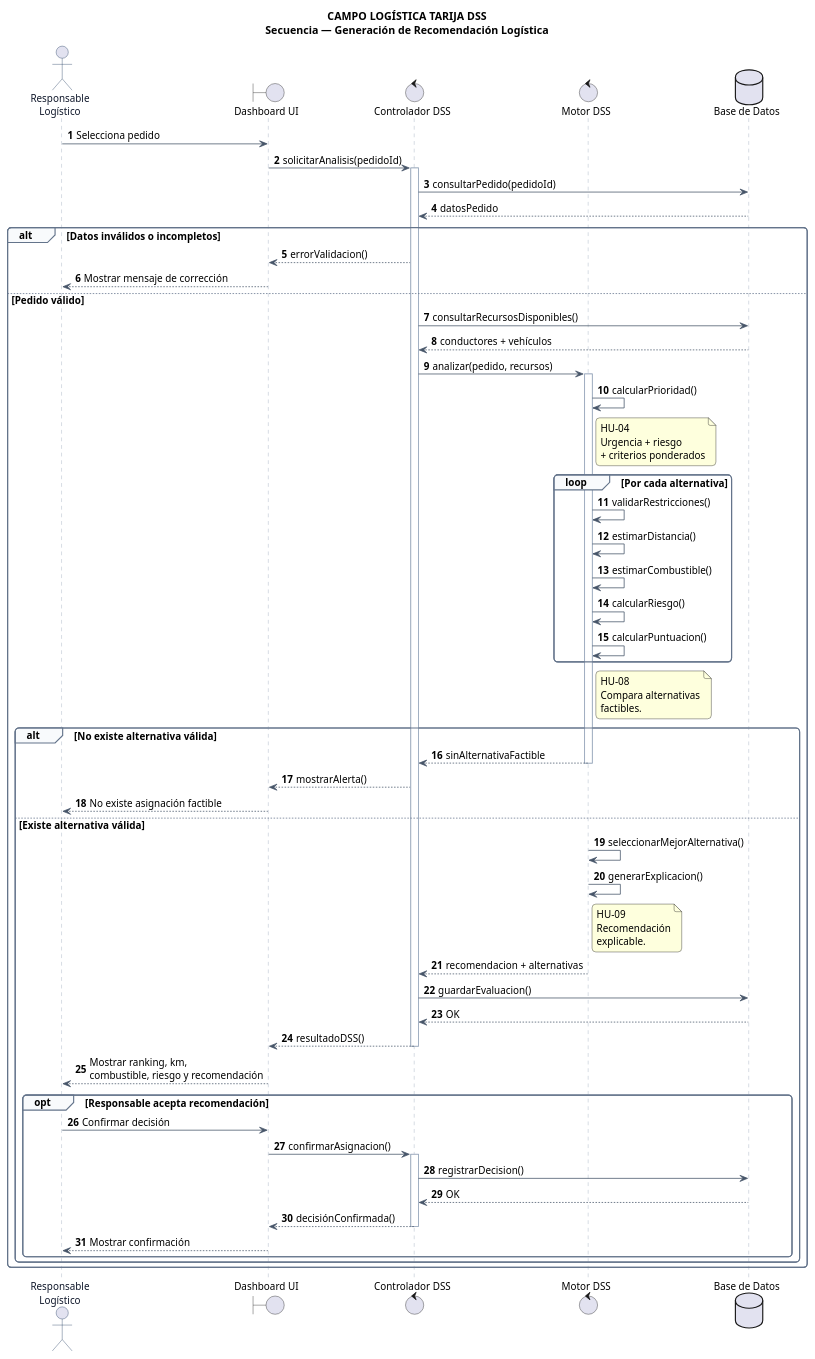
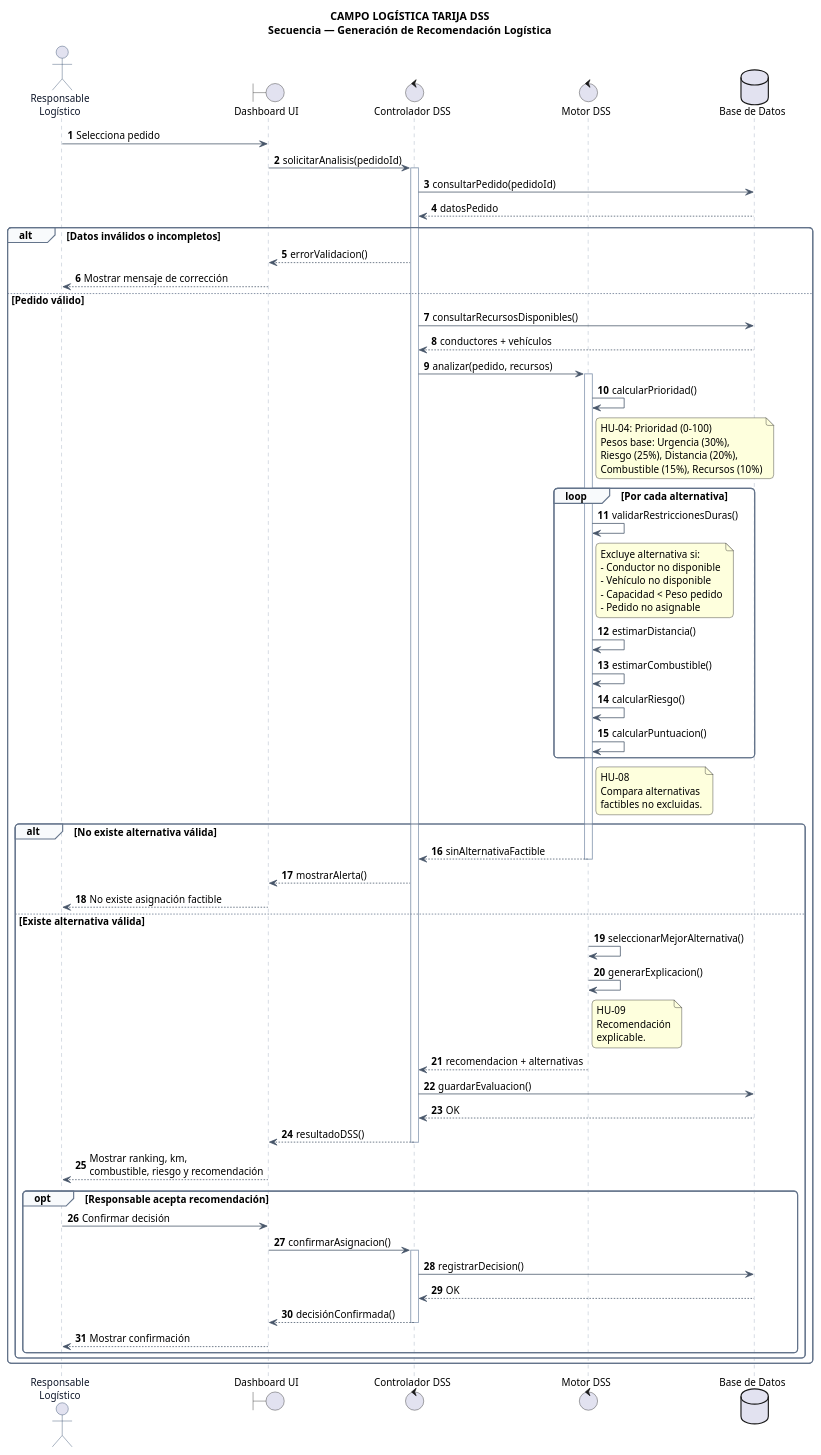
Before and after one commit to Dracko23/CAMPOLOGISTICA-DSS: the diagram in docs/uml/secuencia_recomendacion_dss.puml, drawn with PlantUML. The commit also changed 5 other files, not shown here.

Commit message:
docs: align architecture and DSS specifications

```diff
--- a/docs/uml/secuencia_recomendacion_dss.puml
+++ b/docs/uml/secuencia_recomendacion_dss.puml
@@ -1,125 +1,133 @@
 @startuml
 title CAMPO LOGÍSTICA TARIJA DSS\nSecuencia — Generación de Recomendación Logística
 
 skinparam backgroundColor white
 skinparam shadowing false
 skinparam roundcorner 10
 skinparam defaultFontName Arial
 skinparam defaultFontSize 13
 skinparam ArrowColor #475569
 
 skinparam sequence {
   ActorBorderColor #1E3A5F
   ActorFontColor #0F172A
   LifeLineBorderColor #94A3B8
   LifeLineBackgroundColor white
   ParticipantBorderColor #2563EB
   ParticipantBackgroundColor #EFF6FF
   ParticipantFontColor #0F172A
   GroupBorderColor #64748B
   GroupBackgroundColor #F8FAFC
 }
 
 autonumber
 
 actor "Responsable\nLogístico" as Usuario
 boundary "Dashboard UI" as UI
 control "Controlador DSS" as API
 control "Motor DSS" as DSS
 database "Base de Datos" as BD
 
 Usuario -> UI : Selecciona pedido
 UI -> API : solicitarAnalisis(pedidoId)
 
 activate API
 
 API -> BD : consultarPedido(pedidoId)
 BD --> API : datosPedido
 
 alt Datos inválidos o incompletos
 
     API --> UI : errorValidacion()
     UI --> Usuario : Mostrar mensaje de corrección
 
 else Pedido válido
 
     API -> BD : consultarRecursosDisponibles()
     BD --> API : conductores + vehículos
 
     API -> DSS : analizar(pedido, recursos)
 
     activate DSS
 
     DSS -> DSS : calcularPrioridad()
 
     note right of DSS
-      HU-04
-      Urgencia + riesgo
-      + criterios ponderados
+      HU-04: Prioridad (0-100)
+      Pesos base: Urgencia (30%),
+      Riesgo (25%), Distancia (20%),
+      Combustible (15%), Recursos (10%)
     end note
 
     loop Por cada alternativa
-        DSS -> DSS : validarRestricciones()
+        DSS -> DSS : validarRestriccionesDuras()
+        note right of DSS
+          Excluye alternativa si:
+          - Conductor no disponible
+          - Vehículo no disponible
+          - Capacidad < Peso pedido
+          - Pedido no asignable
+        end note
         DSS -> DSS : estimarDistancia()
         DSS -> DSS : estimarCombustible()
         DSS -> DSS : calcularRiesgo()
         DSS -> DSS : calcularPuntuacion()
     end
 
     note right of DSS
       HU-08
       Compara alternativas
-      factibles.
+      factibles no excluidas.
     end note
 
     alt No existe alternativa válida
 
         DSS --> API : sinAlternativaFactible
         deactivate DSS
 
         API --> UI : mostrarAlerta()
         UI --> Usuario : No existe asignación factible
 
     else Existe alternativa válida
 
         DSS -> DSS : seleccionarMejorAlternativa()
         DSS -> DSS : generarExplicacion()
 
         note right of DSS
           HU-09
           Recomendación
           explicable.
         end note
 
         DSS --> API : recomendacion + alternativas
         deactivate DSS
 
         API -> BD : guardarEvaluacion()
         BD --> API : OK
 
         API --> UI : resultadoDSS()
         deactivate API
 
         UI --> Usuario : Mostrar ranking, km,\ncombustible, riesgo y recomendación
 
         opt Responsable acepta recomendación
 
             Usuario -> UI : Confirmar decisión
             UI -> API : confirmarAsignacion()
             activate API
 
             API -> BD : registrarDecision()
             BD --> API : OK
 
             API --> UI : decisiónConfirmada()
             deactivate API
 
             UI --> Usuario : Mostrar confirmación
 
         end
 
     end
 
 end
 
 @enduml
```
